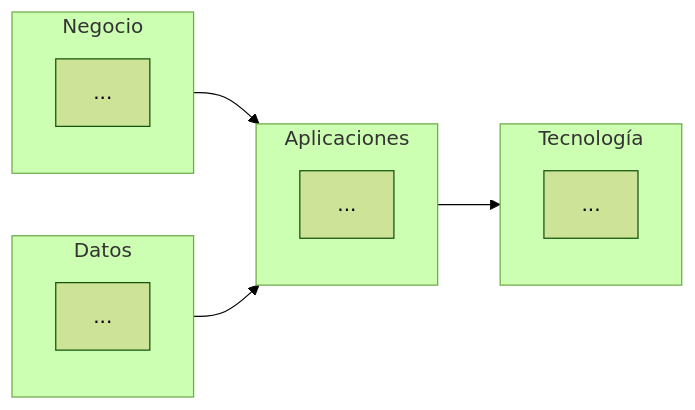
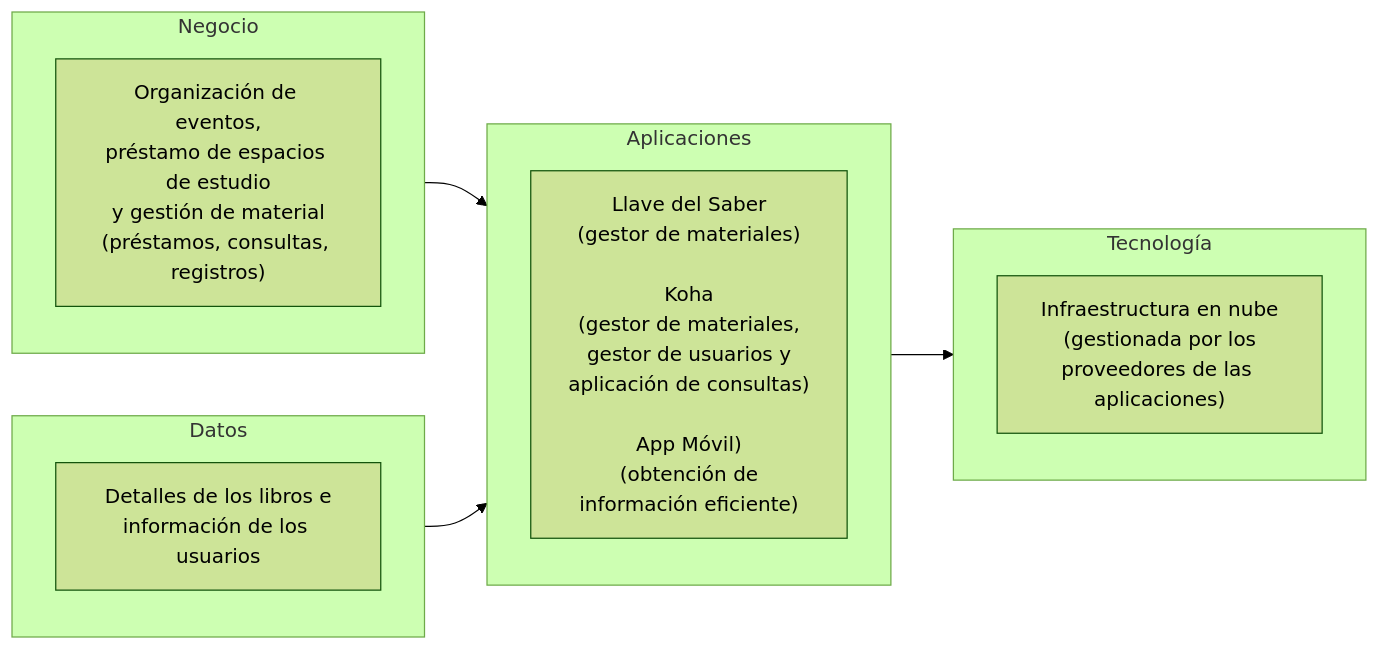
The diagram in 00-preliminary-vision/vision.md (Jorgealis/PROYECTO-ARQUI-EMPRESARIAL), drawn with Mermaid (forest theme) before and after one commit. The commit also changed other lines of this file, not shown here.

````diff
--- a/00-preliminary-vision/vision.md
+++ b/00-preliminary-vision/vision.md
@@ -15,19 +13,19 @@
 ```mermaid
 flowchart LR
     subgraph negocio["Negocio"]
-        proc["..."]
+        proc["Organización de eventos,\npréstamo de espacios de estudio\ny gestión de material\n(préstamos, consultas, registros)"]
     end
     subgraph datos["Datos"]
-        info["..."]
+        info["Detalles de los libros e\ninformación de los usuarios"]
     end
     subgraph apps["Aplicaciones"]
-        plat["..."]
+        plat["Llave del Saber\n(gestor de materiales)\n\nKoha\n(gestor de materiales,\ngestor de usuarios y\naplicación de consultas) \n \n App Móvil) \n(obtención de \n información eficiente)"]
     end
     subgraph tec["Tecnología"]
-        nube["..."]
+        nube["Infraestructura en nube\n(gestionada por los\nproveedores de las aplicaciones)"]
     end
 
     negocio --> apps
     datos --> apps
     apps --> tec
 ```
````
